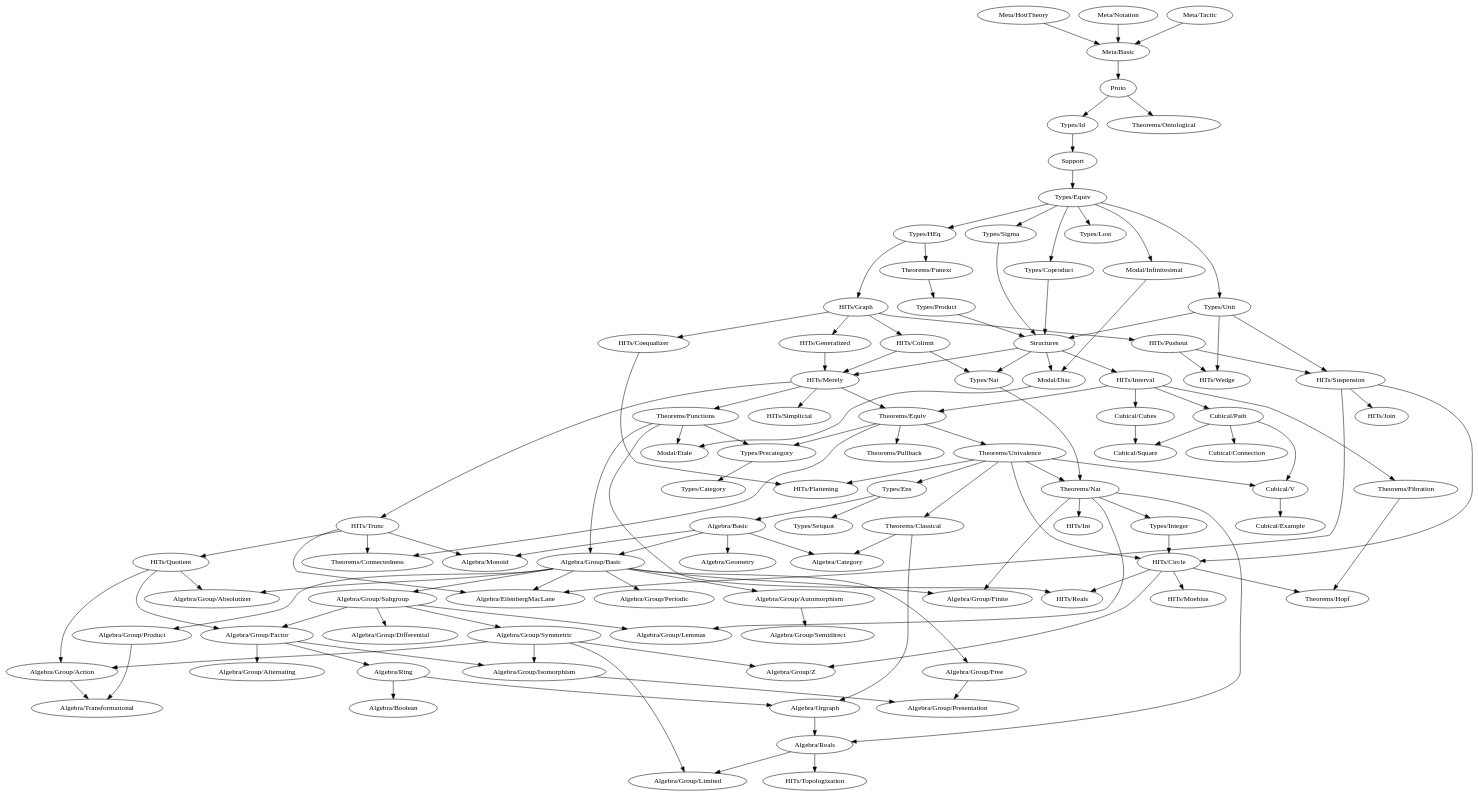
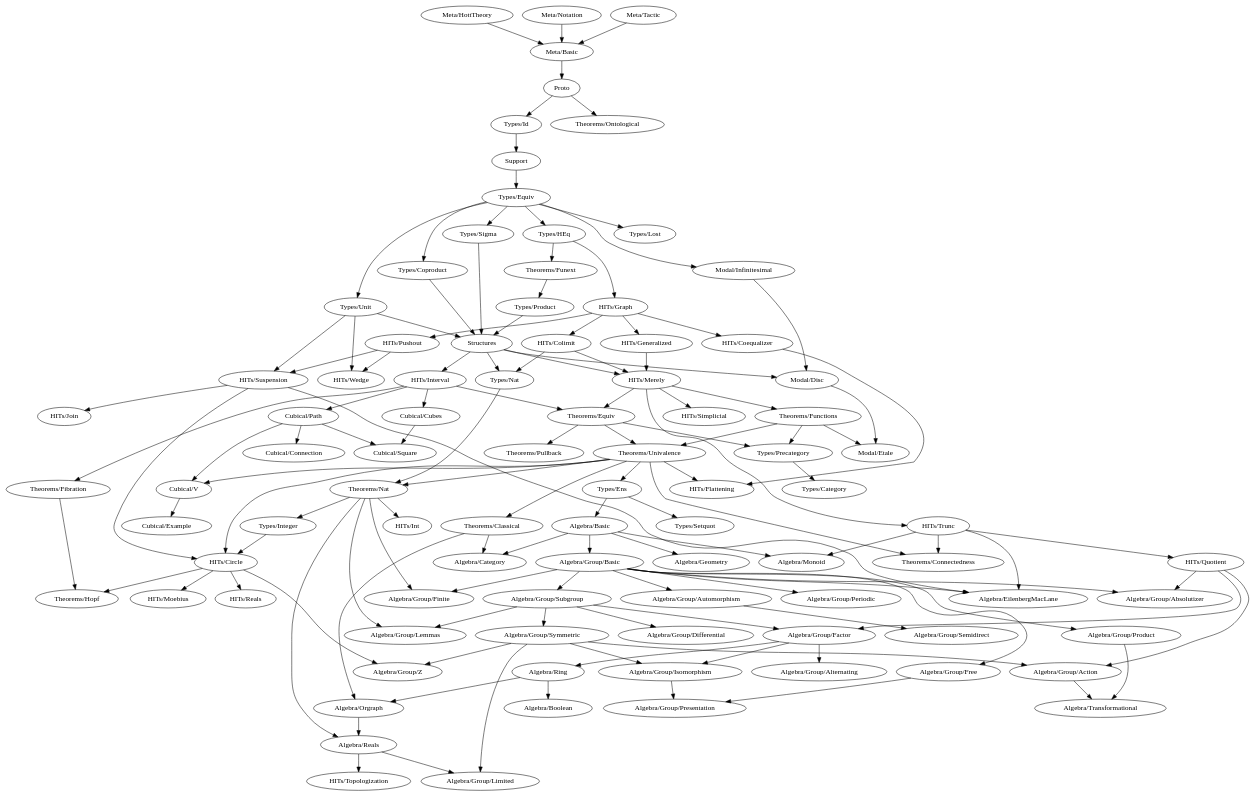
The diagram in dependency-map.gv (forked-from-1kasper/ground_zero), drawn with Graphviz before and after one commit. The commit also changed 11 other files, not shown here.

```diff
--- a/dependency-map.gv
+++ b/dependency-map.gv
@@ -180,9 +180,8 @@
     "Theorems/Classical" -> { "Algebra/Category", "Algebra/Orgraph" }
     "Theorems/Fibration" -> { "Theorems/Hopf" }
     "Theorems/Functions" -> {
-      "Algebra/Group/Basic",
-      "HITs/Reals",
       "Modal/Etale",
+      "Theorems/Univalence",
       "Types/Precategory"
     }
     "Theorems/Funext" -> { "Types/Product" }
@@ -197,7 +196,6 @@
     }
     "Theorems/Equiv" -> {
       "Types/Precategory",
-      "Theorems/Connectedness",
       "Theorems/Pullback",
       "Theorems/Univalence"
     }
@@ -207,6 +205,7 @@
       "HITs/Flattening",
       "Types/Ens",
       "Theorems/Classical",
+      "Theorems/Connectedness",
       "Theorems/Nat",
       "Cubical/V"
     }
```
